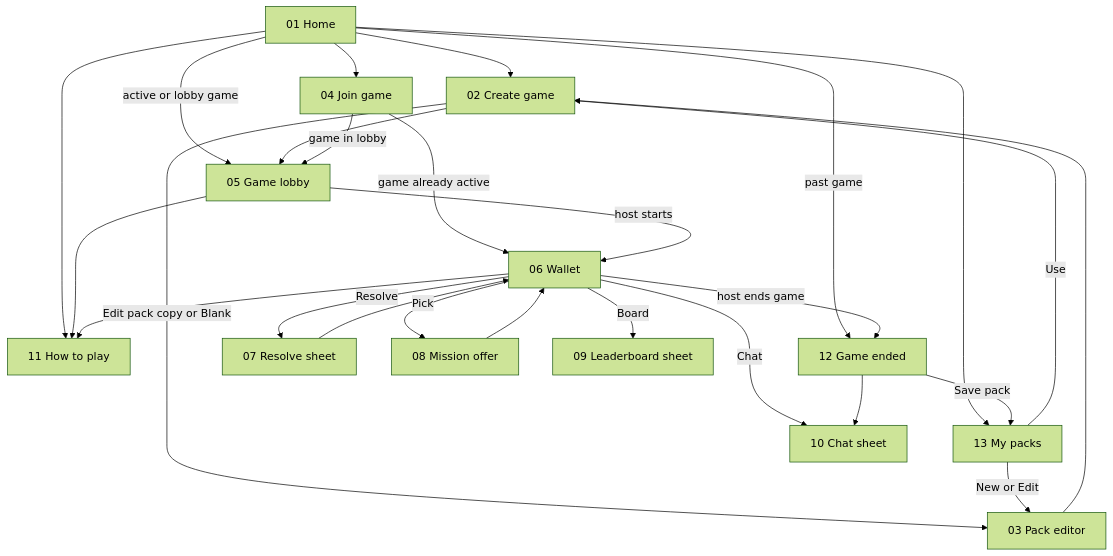
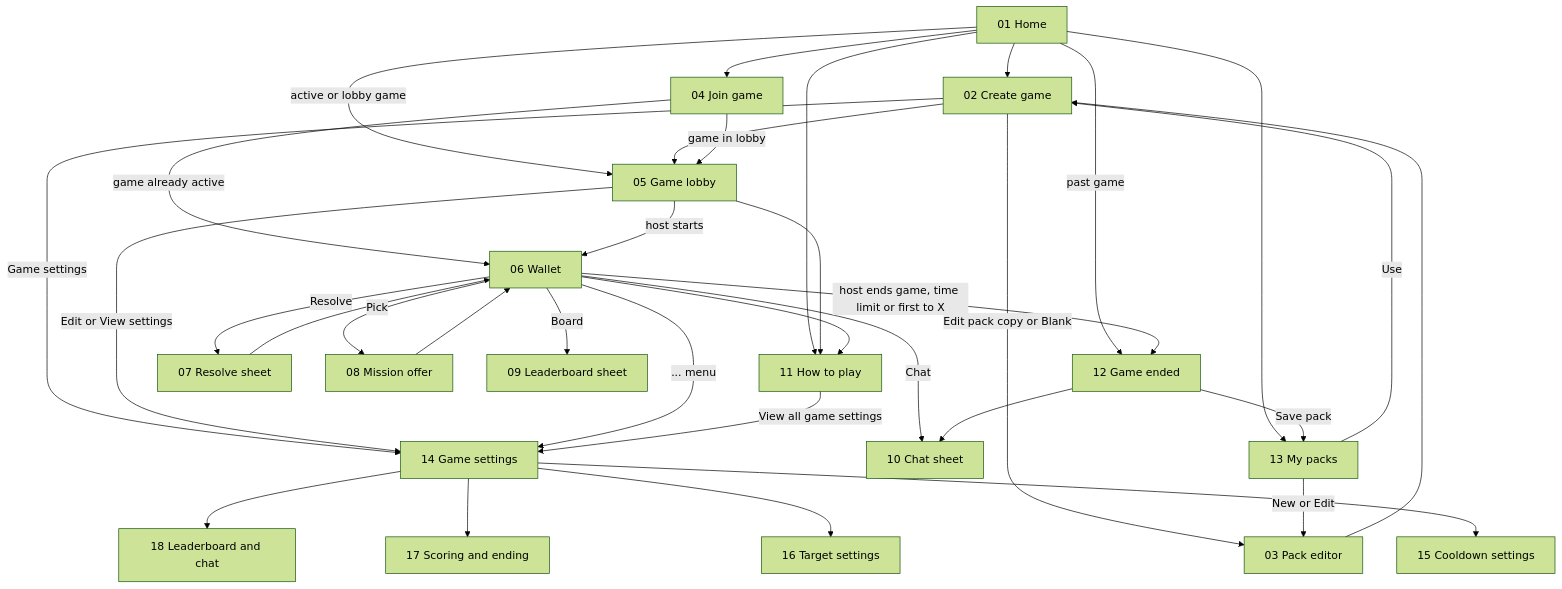
The diagram in docs/wireframes/README.md (Heatch/gotcha), drawn with Mermaid (forest theme) before and after one commit. The commit also changed other lines of this file and 26 other files, not shown here.

````diff
--- a/docs/wireframes/README.md
+++ b/docs/wireframes/README.md
@@ -15,28 +15,36 @@
 ```mermaid
 flowchart TD
     Home[01 Home] --> Create[02 Create game]
     Home --> Join[04 Join game]
     Home --> Packs[13 My packs]
     Home --> Rules[11 How to play]
     Home -->|active or lobby game| Lobby
     Home -->|past game| Ended[12 Game ended]
     Create -->|Edit pack copy or Blank| Editor[03 Pack editor]
     Editor --> Create
     Create --> Lobby[05 Game lobby]
     Join -->|game in lobby| Lobby
     Join -->|game already active| Wallet[06 Wallet]
     Lobby -->|host starts| Wallet
     Lobby --> Rules
     Wallet -->|Resolve| Resolve[07 Resolve sheet]
     Resolve --> Wallet
     Wallet -->|Pick| Offer[08 Mission offer]
     Offer --> Wallet
     Wallet -->|Board| Board[09 Leaderboard sheet]
     Wallet -->|Chat| Chat[10 Chat sheet]
     Wallet --> Rules
-    Wallet -->|host ends game| Ended
+    Wallet -->|host ends game, time limit or first to X| Ended
+    Create -->|Game settings| Settings[14 Game settings]
+    Lobby -->|Edit or View settings| Settings
+    Wallet -->|... menu| Settings
+    Rules -->|View all game settings| Settings
+    Settings --> Cooldowns[15 Cooldown settings]
+    Settings --> Targets[16 Target settings]
+    Settings --> Scoring[17 Scoring and ending]
+    Settings --> BoardChat[18 Leaderboard and chat]
     Ended -->|Save pack| Packs
     Ended --> Chat
     Packs -->|New or Edit| Editor
     Packs -->|Use| Create
 ```
````
